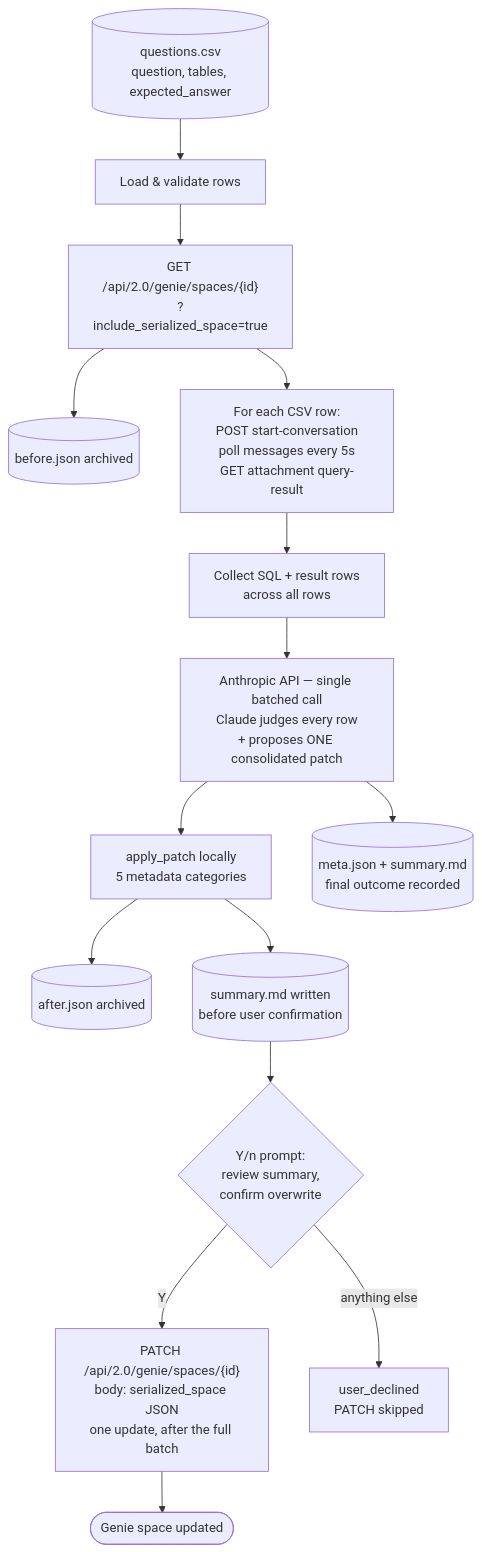
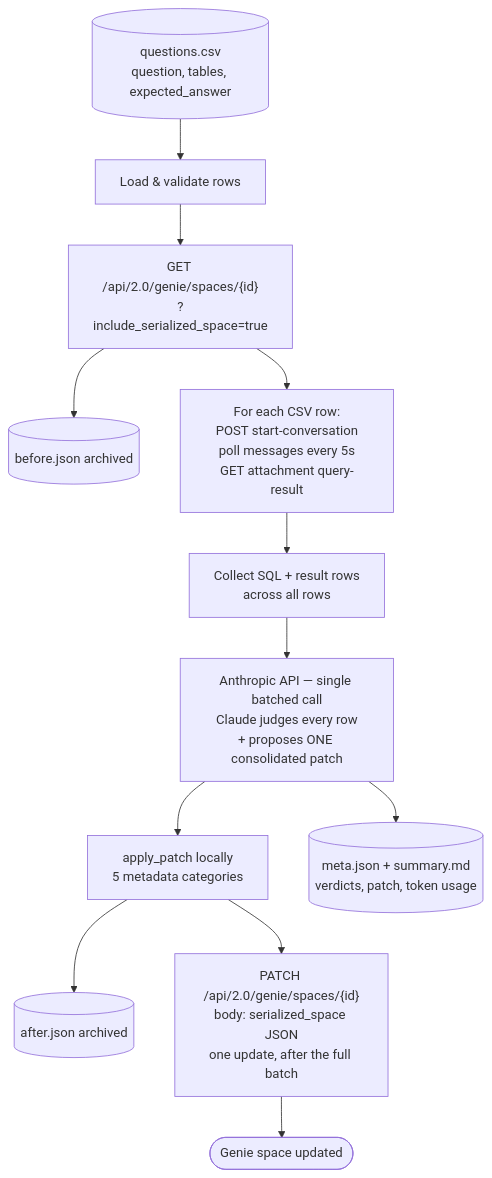
One commit to vvr-rao/genie-config-optimizer changed the diagram in README.md. Above: the diagram before and after it, drawn with Mermaid. The commit also changed other lines of this file and 16 other files, not shown here.

````diff
--- a/README.md
+++ b/README.md
@@ -193,21 +185,18 @@
 ```mermaid
 flowchart TD
     csv[("questions.csv<br/>question, tables, expected_answer")] --> load[Load &amp; validate rows]
     load --> get["GET /api/2.0/genie/spaces/{id}<br/>?include_serialized_space=true"]
     get --> before[(before.json archived)]
 
     get --> loop["For each CSV row:<br/>POST start-conversation<br/>poll messages every 5s<br/>GET attachment query-result"]
     loop --> capture[Collect SQL + result rows<br/>across all rows]
 
     capture --> claude["Anthropic API — single batched call<br/>Claude judges every row<br/>+ proposes ONE consolidated patch"]
     claude --> apply[apply_patch locally<br/>5 metadata categories]
     apply --> after[(after.json archived)]
-    apply --> summaryearly[(summary.md written<br/>before user confirmation)]
 
-    summaryearly --> confirm{Y/n prompt:<br/>review summary,<br/>confirm overwrite}
-    confirm -- Y --> patch["PATCH /api/2.0/genie/spaces/{id}<br/>body: serialized_space JSON<br/>one update, after the full batch"]
-    confirm -- anything else --> declined[user_declined<br/>PATCH skipped]
+    apply --> patch["PATCH /api/2.0/genie/spaces/{id}<br/>body: serialized_space JSON<br/>one update, after the full batch"]
     patch --> done([Genie space updated])
 
-    claude --> meta[(meta.json + summary.md<br/>final outcome recorded)]
+    claude --> meta[(meta.json + summary.md<br/>verdicts, patch, token usage)]
 ```
````
